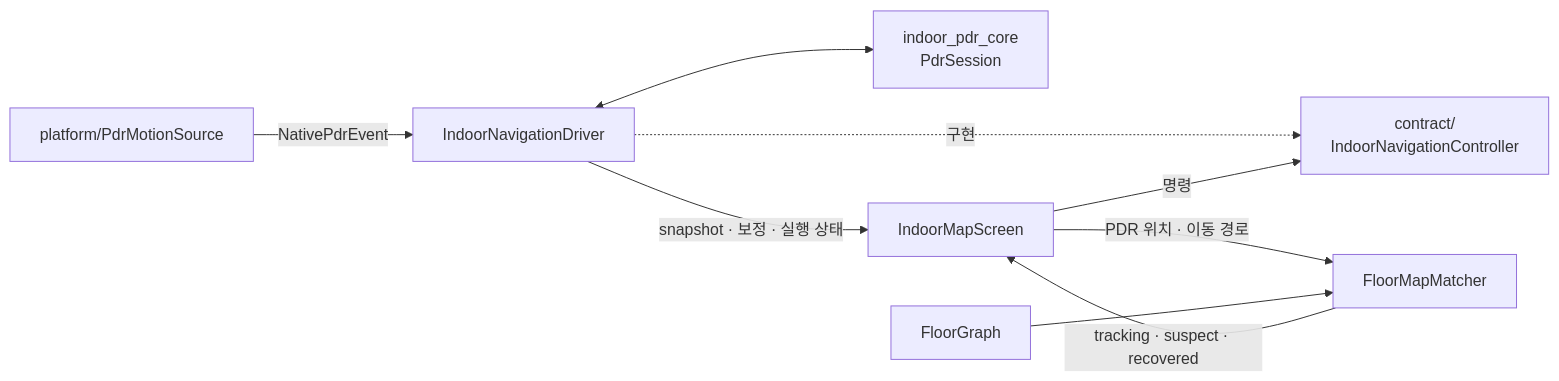
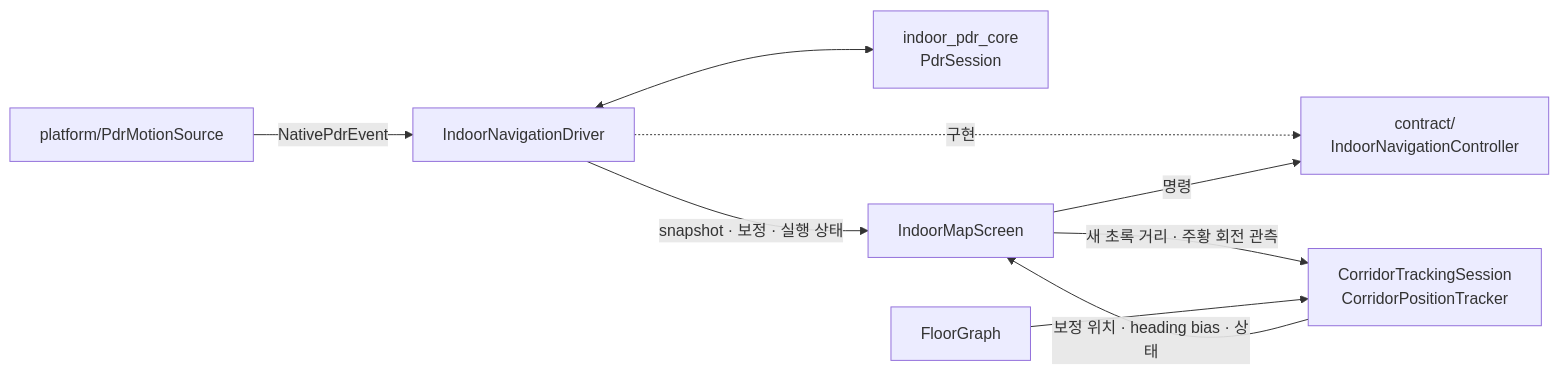
Before and after one commit to Routex-labs/Navigation: the diagram in client/lib/features/indoor_navigation/application/README.md, drawn with Mermaid. The commit also changed other lines of this file and 15 other files, not shown here.

````diff
--- a/client/lib/features/indoor_navigation/application/README.md
+++ b/client/lib/features/indoor_navigation/application/README.md
@@ -15,21 +17,21 @@
 ```mermaid
 flowchart LR
     SOURCE["platform/PdrMotionSource"]
     DRIVER["IndoorNavigationDriver"]
     CORE["indoor_pdr_core<br/>PdrSession"]
     CONTRACT["contract/<br/>IndoorNavigationController"]
     UI["IndoorMapScreen"]
 
     GRAPH["FloorGraph"]
-    MATCHER["FloorMapMatcher"]
+    TRACKER["CorridorTrackingSession<br/>CorridorPositionTracker"]
 
     SOURCE -->|"NativePdrEvent"| DRIVER
     DRIVER <--> CORE
     DRIVER -. "구현" .-> CONTRACT
     UI -->|"명령"| CONTRACT
     DRIVER -->|"snapshot · 보정 · 실행 상태"| UI
 
-    UI -->|"PDR 위치 · 이동 경로"| MATCHER
-    GRAPH --> MATCHER
-    MATCHER -->|"tracking · suspect · recovered"| UI
+    UI -->|"새 초록 거리 · 주황 회전 관측"| TRACKER
+    GRAPH --> TRACKER
+    TRACKER -->|"보정 위치 · heading bias · 상태"| UI
 ```
````
